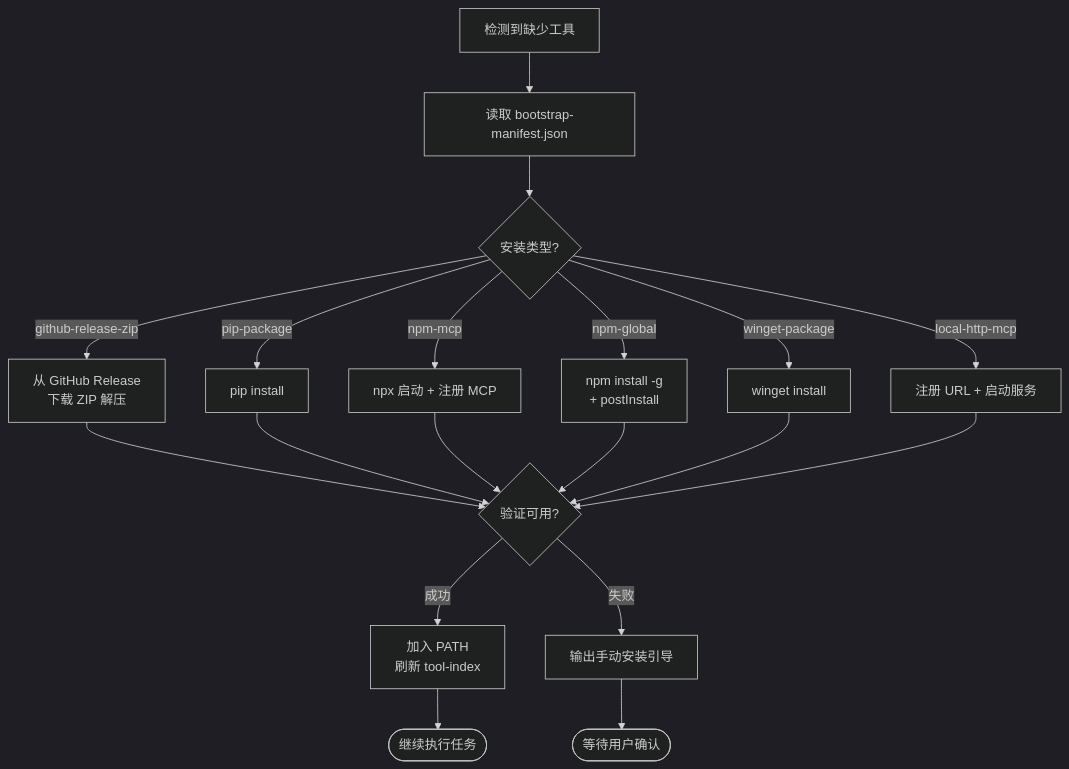
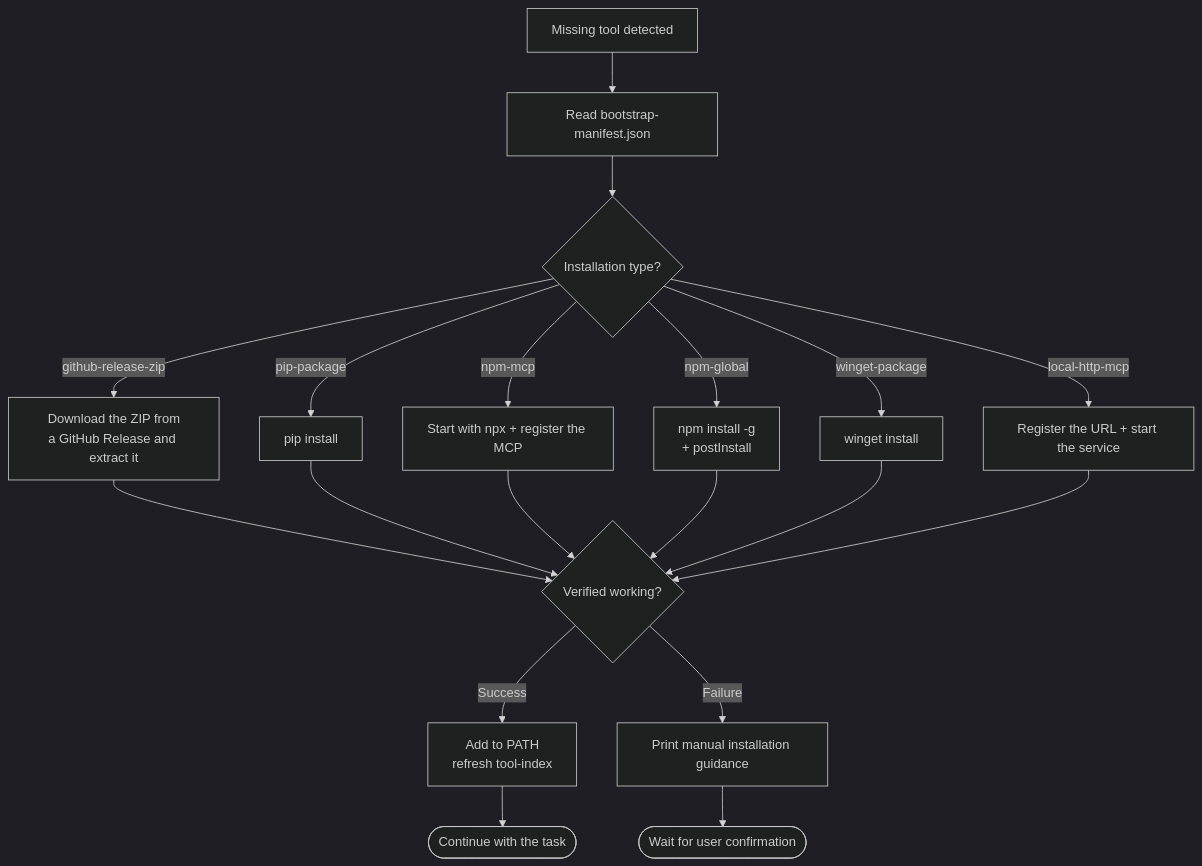
One commit to dbx0/skills changed the third of 7 diagrams in skills/_infra/reverse-engineering-ctf-repo/ARCHITECTURE.md. Above: the diagram before and after it, drawn with Mermaid (dark theme). The commit also changed other lines of this file and 172 other files, not shown here.

````diff
--- a/skills/_infra/reverse-engineering-ctf-repo/ARCHITECTURE.md
+++ b/skills/_infra/reverse-engineering-ctf-repo/ARCHITECTURE.md
@@ -109,19 +109,19 @@
 ```mermaid
 flowchart TD
-    Need[检测到缺少工具] --> ReadManifest[读取 bootstrap-manifest.json]
-    ReadManifest --> Kind{安装类型?}
+    Need[Missing tool detected] --> ReadManifest[Read bootstrap-manifest.json]
+    ReadManifest --> Kind{Installation type?}
     
-    Kind -->|github-release-zip| GH[从 GitHub Release<br/>下载 ZIP 解压]
+    Kind -->|github-release-zip| GH[Download the ZIP from<br/>a GitHub Release and extract it]
     Kind -->|pip-package| Pip[pip install]
-    Kind -->|npm-mcp| NPM[npx 启动 + 注册 MCP]
+    Kind -->|npm-mcp| NPM[Start with npx + register the MCP]
     Kind -->|npm-global| Global[npm install -g<br/>+ postInstall]
     Kind -->|winget-package| Winget[winget install]
-    Kind -->|local-http-mcp| HTTP[注册 URL + 启动服务]
+    Kind -->|local-http-mcp| HTTP[Register the URL + start the service]
     
-    GH & Pip & NPM & Global & Winget & HTTP --> Verify{验证可用?}
-    Verify -->|成功| AddPath[加入 PATH<br/>刷新 tool-index]
-    Verify -->|失败| Manual[输出手动安装引导]
+    GH & Pip & NPM & Global & Winget & HTTP --> Verify{Verified working?}
+    Verify -->|Success| AddPath[Add to PATH<br/>refresh tool-index]
+    Verify -->|Failure| Manual[Print manual installation guidance]
     
-    AddPath --> Continue([继续执行任务])
-    Manual --> Wait([等待用户确认])
+    AddPath --> Continue([Continue with the task])
+    Manual --> Wait([Wait for user confirmation])
 ```
````
